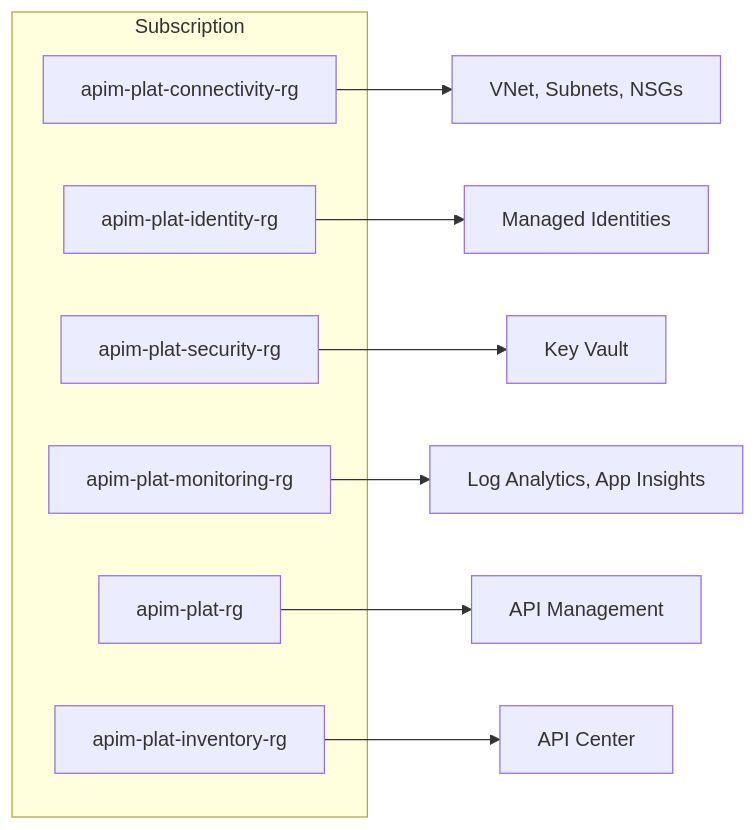
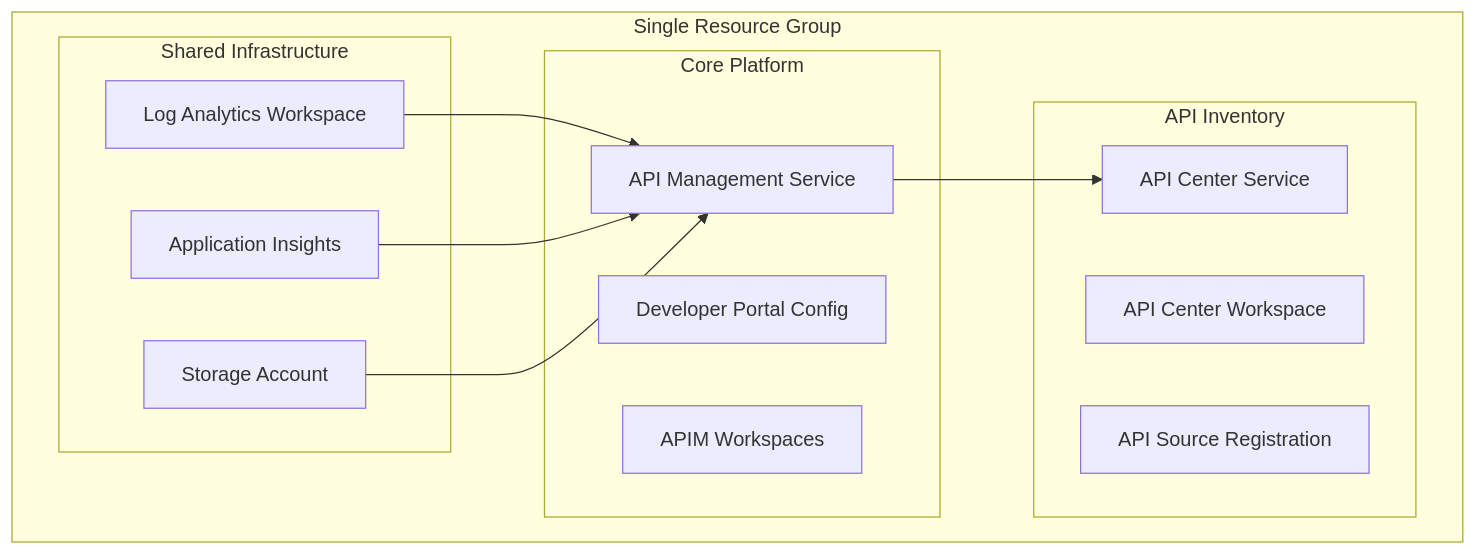
Before and after one commit to Evilazaro/APIM-Accelerator: the second of 12 diagrams in docs/architecture/overview.md, drawn with Mermaid. The commit also changed other lines of this file and 5 other files, not shown here.

````diff
--- a/docs/architecture/overview.md
+++ b/docs/architecture/overview.md
@@ -109,18 +111,27 @@
 ```mermaid
-graph LR
-    subgraph "Subscription"
-        RG1[apim-plat-connectivity-rg]
-        RG2[apim-plat-identity-rg]
-        RG3[apim-plat-security-rg]
-        RG4[apim-plat-monitoring-rg]
-        RG5[apim-plat-rg]
-        RG6[apim-plat-inventory-rg]
+graph TB
+    subgraph "Single Resource Group"
+        subgraph "Shared Infrastructure"
+            LA[Log Analytics Workspace]
+            AI[Application Insights]
+            SA[Storage Account]
+        end
+        
+        subgraph "Core Platform"
+            APIM[API Management Service]
+            DevPortal[Developer Portal Config]
+            Workspaces[APIM Workspaces]
+        end
+        
+        subgraph "API Inventory"
+            APICenter[API Center Service]
+            APIWorkspace[API Center Workspace]
+            APISource[API Source Registration]
+        end
     end
     
-    RG1 --> Networking[VNet, Subnets, NSGs]
-    RG2 --> Identity[Managed Identities]
-    RG3 --> Security[Key Vault]
-    RG4 --> Monitoring[Log Analytics, App Insights]
-    RG5 --> Core[API Management]
-    RG6 --> Inventory[API Center]
+    LA --> APIM
+    AI --> APIM
+    SA --> APIM
+    APIM --> APICenter
 ```
````
